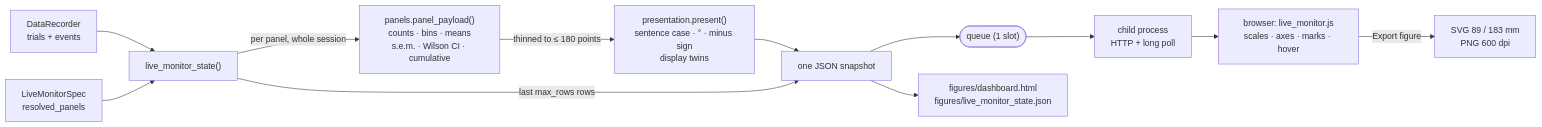
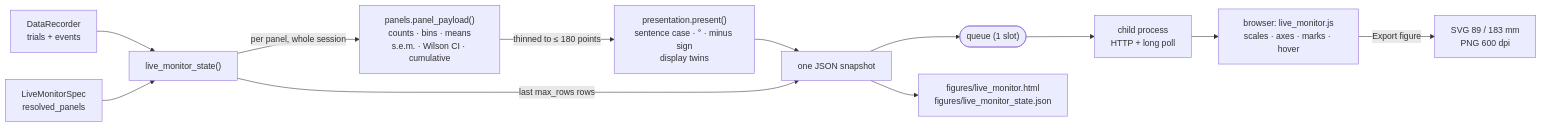
The first of 3 diagrams in docs/live_monitor.md (sh4r11f/alhazen), drawn with Mermaid before and after one commit. The commit also changed other lines of this file and 98 other files, not shown here.

````diff
--- a/docs/live_monitor.md
+++ b/docs/live_monitor.md
@@ -105,14 +118,14 @@
 ```mermaid
 flowchart LR
   R["DataRecorder<br/>trials + events"] --> S["live_monitor_state()"]
   P["LiveMonitorSpec<br/>resolved_panels"] --> S
   S -->|"per panel, whole session"| C["panels.panel_payload()<br/>counts · bins · means<br/>s.e.m. · Wilson CI · cumulative"]
   C -->|"thinned to &le; 180 points"| N["presentation.present()<br/>sentence case · ° · minus sign<br/>display twins"]
   N --> W["one JSON snapshot"]
   S -->|"last max_rows rows"| W
   W --> Q(["queue (1 slot)"])
   Q --> H["child process<br/>HTTP + long poll"]
   H --> B["browser: live_monitor.js<br/>scales · axes · marks · hover"]
   B -->|"Export figure"| X["SVG 89 / 183 mm<br/>PNG 600 dpi"]
-  W --> F["figures/dashboard.html<br/>figures/live_monitor_state.json"]
+  W --> F["figures/live_monitor.html<br/>figures/live_monitor_state.json"]
 ```
````
